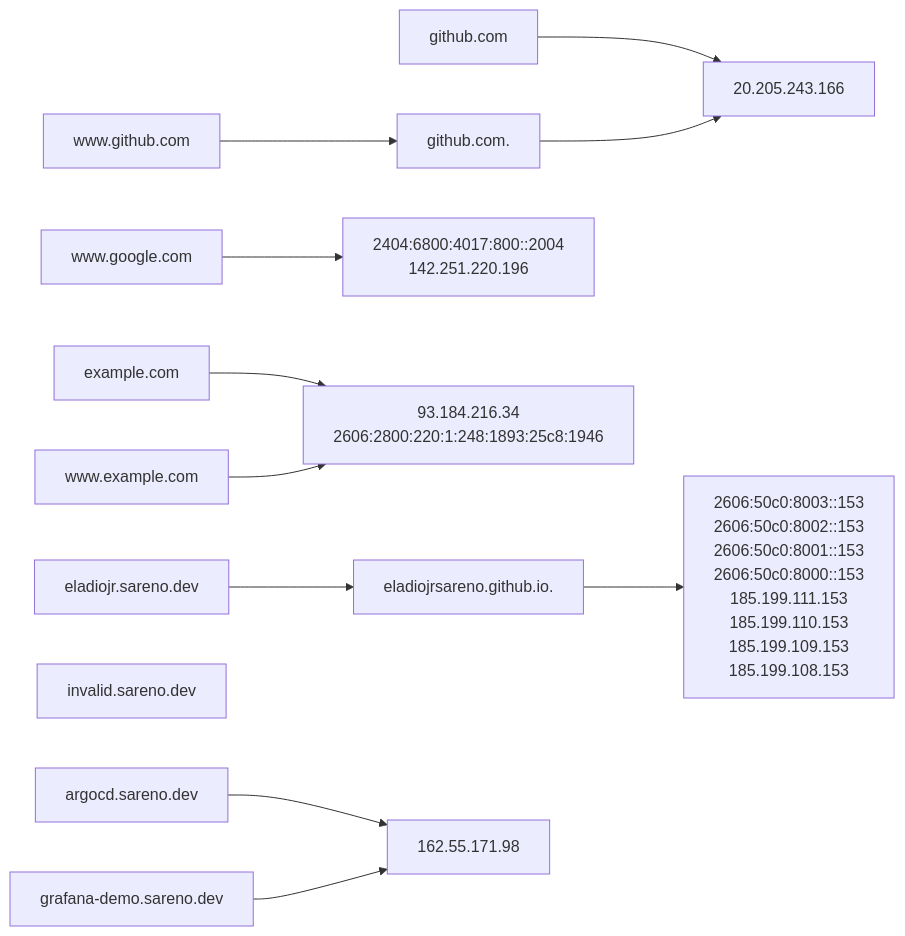
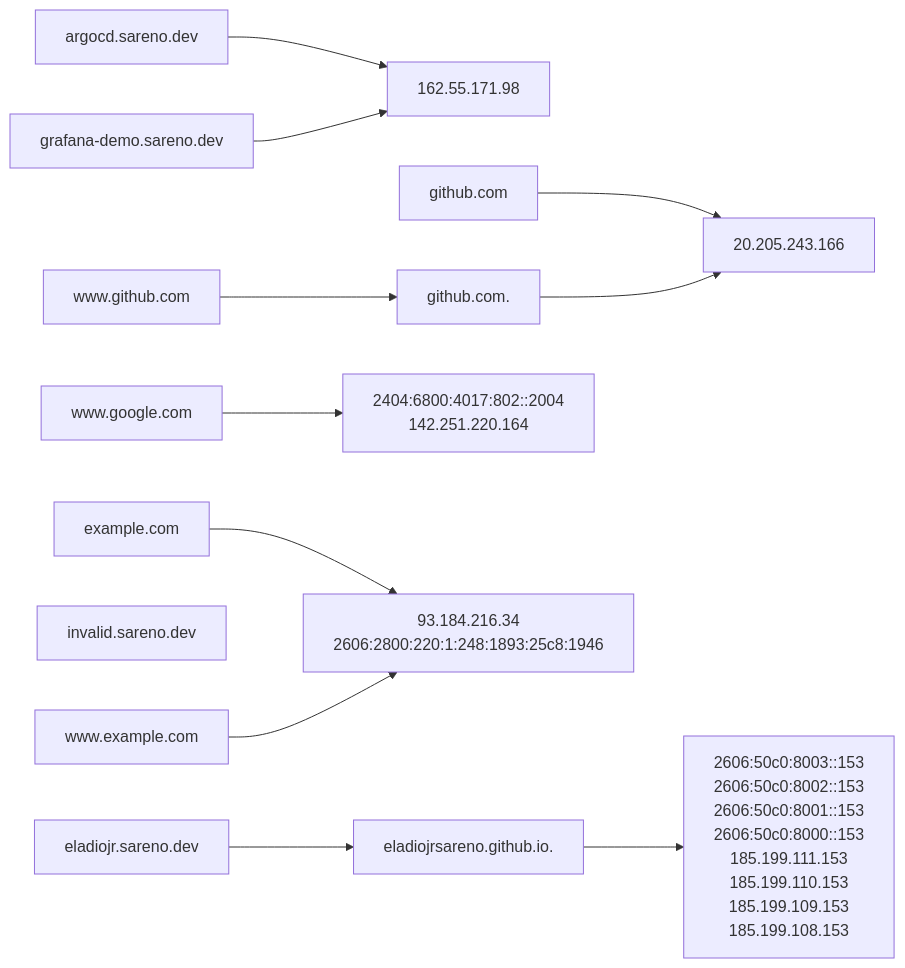
One commit to dev-sareno/baygon changed the diagram in README.md. Above: the diagram before and after it, drawn with Mermaid. The commit also changed other lines of this file, not shown here.

````diff
--- a/README.md
+++ b/README.md
@@ -50,13 +50,12 @@
 ```mermaid
 flowchart LR
-c2208abde9668e8e9815c3690855edd1e63abeac[github.com] --> bbe275b8d64b6d44ca49d3e1387197e655e27edd[20.205.243.166]
-a2999f4b523d4e63066ad0d9f401fe9316265a0f[www.github.com] --> 675f61152ff93b424ad6bcb5148b2d6688b6decd[github.com.] --> bbe275b8d64b6d44ca49d3e1387197e655e27edd[20.205.243.166]
-d8b99f68b208b5453b391cb0c6c3d6a9824f3c3a[www.google.com] --> be4b9b1abb21bdd5c0b58b19bad84f0b9dea20aa[2404:6800:4017:800::2004<br/>142.251.220.196]
-0caaf24ab1a0c33440c06afe99df986365b0781f[example.com] --> 97d24b20dedcf7a1210662ef50d8b439bd01f165[93.184.216.34<br/>2606:2800:220:1:248:1893:25c8:1946]
-068503358dddd23cf6cf00f5d6ad9a45cd0a8e03[www.example.com] --> 97d24b20dedcf7a1210662ef50d8b439bd01f165[93.184.216.34<br/>2606:2800:220:1:248:1893:25c8:1946]
-fc57c6ecf2502d38e0fc9fd4ce1f7f30cd40f71e[eladiojr.sareno.dev] --> da9731c806bcb0fba02f4820a46b061adc3df51a[eladiojrsareno.github.io.] --> 0ed1b375f0003967700ef8a914c328013ebdcd1a[2606:50c0:8003::153<br/>2606:50c0:8002::153<br/>2606:50c0:8001::153<br/>2606:50c0:8000::153<br/>185.199.111.153<br/>185.199.110.153<br/>185.199.109.153<br/>185.199.108.153]
-39f8fd81dcdf82aed93583cedf06a46010a40f00[invalid.sareno.dev]
-ba272326edb644027bb6dae8a4f9b73ac3c6ed1b[argocd.sareno.dev] --> 224493ad38c3dfac48b3635484a65da824597c1d[162.55.171.98]
-a6d6ce2405399c42240cd05ead178f2519d439e5[grafana-demo.sareno.dev] --> 224493ad38c3dfac48b3635484a65da824597c1d[162.55.171.98]
-
+c2208[github.com] --> bbe27[20.205.243.166]
+a2999[www.github.com] --> 675f6[github.com.] --> bbe27[20.205.243.166]
+d8b99[www.google.com] --> cb7e1[2404:6800:4017:802::2004<br/>142.251.220.164]
+0caaf[example.com] --> 97d24[93.184.216.34<br/>2606:2800:220:1:248:1893:25c8:1946]
+06850[www.example.com] --> 97d24[93.184.216.34<br/>2606:2800:220:1:248:1893:25c8:1946]
+fc57c[eladiojr.sareno.dev] --> da973[eladiojrsareno.github.io.] --> 0ed1b[2606:50c0:8003::153<br/>2606:50c0:8002::153<br/>2606:50c0:8001::153<br/>2606:50c0:8000::153<br/>185.199.111.153<br/>185.199.110.153<br/>185.199.109.153<br/>185.199.108.153]
+39f8f[invalid.sareno.dev]
+ba272[argocd.sareno.dev] --> 22449[162.55.171.98]
+a6d6c[grafana-demo.sareno.dev] --> 22449[162.55.171.98]
 ```
````
